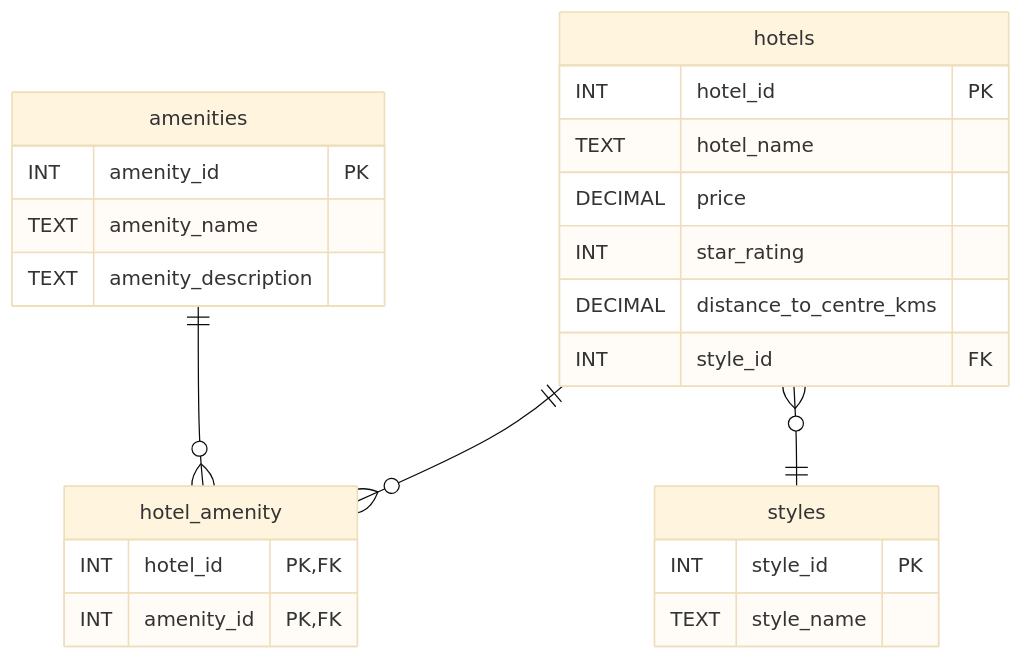
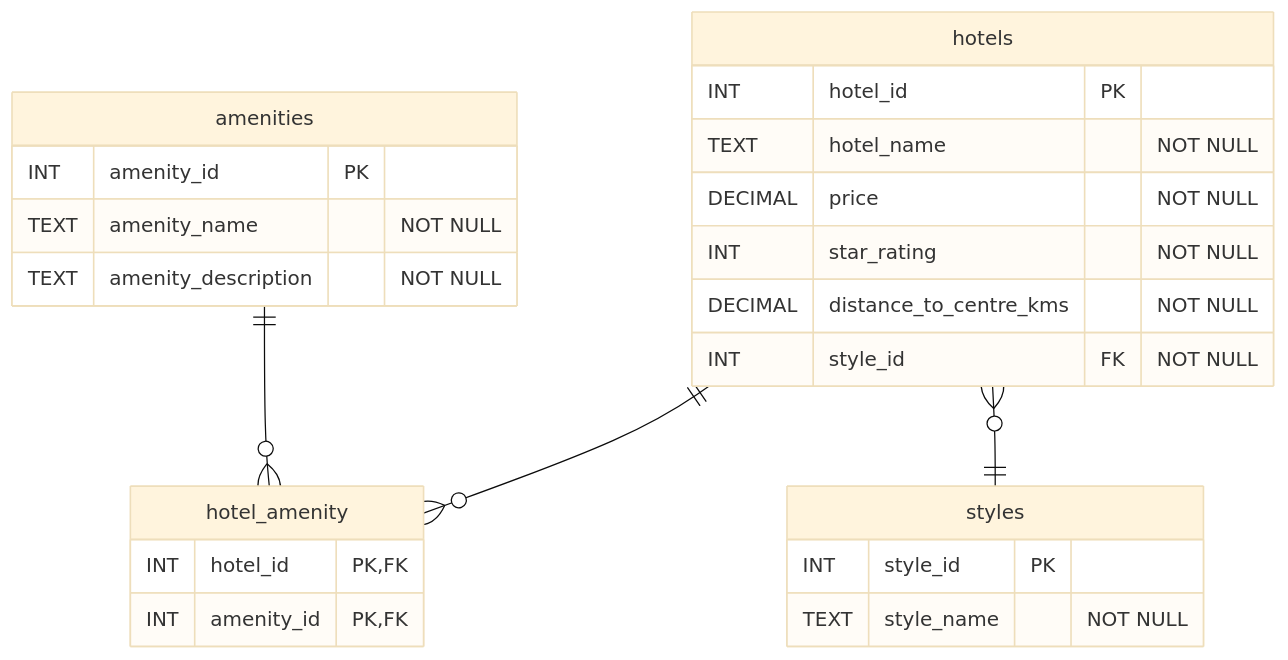
One commit to mmantle-hud/githubpages changed the second of 2 diagrams in module_4_database_design/4.1_the_database_design_process/4.1.4_solution_database_design_hotels.md. Above: the diagram before and after it, drawn with Mermaid (base theme). The commit also changed 6 other files, not shown here.

````diff
--- a/module_4_database_design/4.1_the_database_design_process/4.1.4_solution_database_design_hotels.md
+++ b/module_4_database_design/4.1_the_database_design_process/4.1.4_solution_database_design_hotels.md
@@ -47,32 +47,32 @@
 ```mermaid
 erDiagram
     accTitle: Logical model for the Hotel Finder App.
     accDescr: Logical model showing hotels, amenities and styles.
     hotels ||--o{ hotel_amenity : ""
     amenities ||--o{ hotel_amenity : ""
     hotels }o--|| styles : ""
     
     hotels {
         INT hotel_id PK
-        TEXT hotel_name
-        DECIMAL price
-        INT star_rating
-        DECIMAL distance_to_centre_kms
-        INT style_id FK
+        TEXT hotel_name "NOT NULL"
+        DECIMAL price  "NOT NULL"
+        INT star_rating "NOT NULL"
+        DECIMAL distance_to_centre_kms "NOT NULL"
+        INT style_id FK "NOT NULL"
     }
     styles{
         INT style_id PK
-        TEXT style_name
+        TEXT style_name "NOT NULL"
     }
     amenities {
         INT amenity_id PK
-        TEXT amenity_name
-        TEXT amenity_description
+        TEXT amenity_name "NOT NULL"
+        TEXT amenity_description "NOT NULL"
         
     }
     hotel_amenity{
         INT hotel_id PK, FK
         INT amenity_id PK, FK
     }
 
 ```
````
